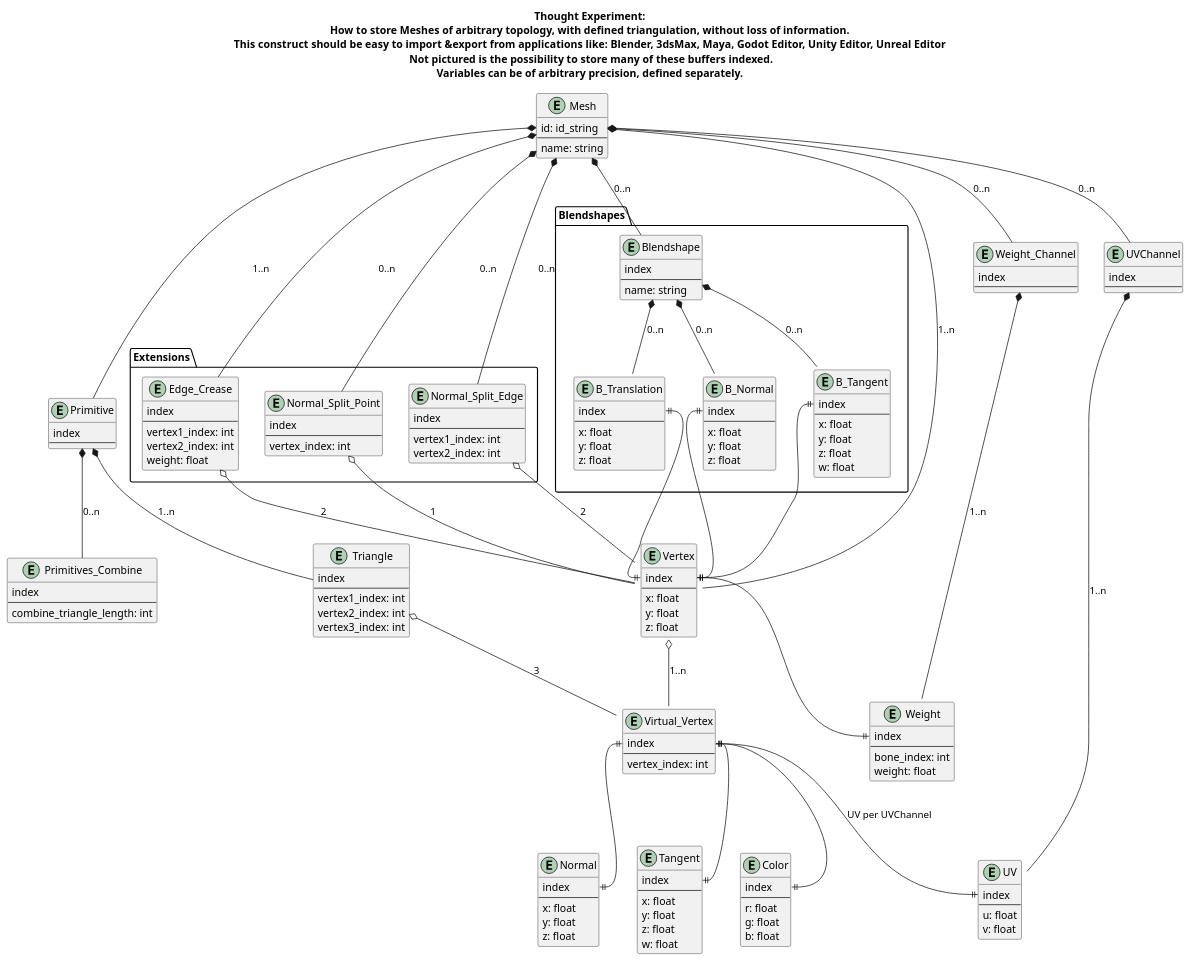
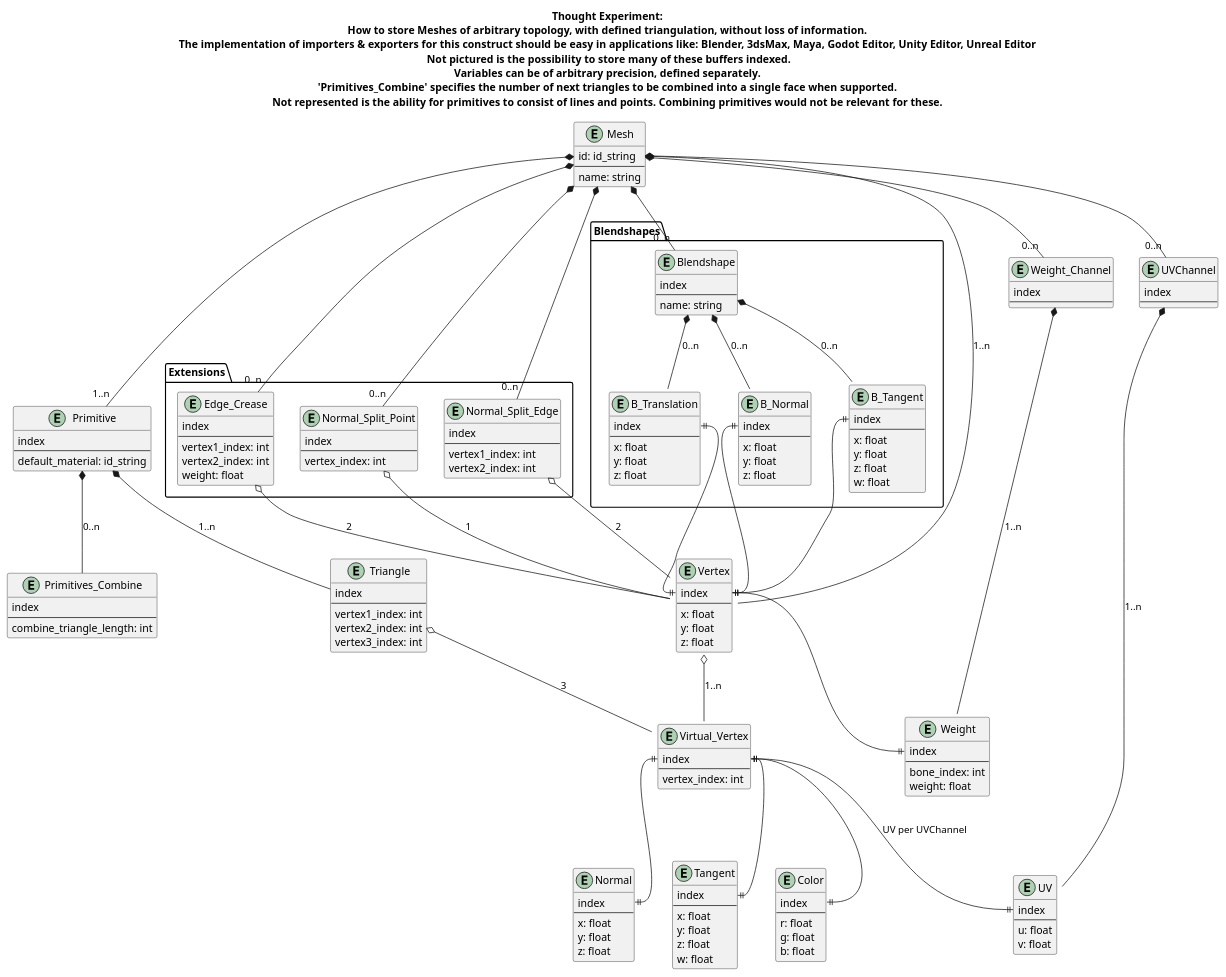
One commit to emperorofmars/stf_documentation changed the diagram in docoumentation/mesh.plantuml. Above: the diagram before and after it, drawn with PlantUML.

Commit message:
mesh plantuml

```diff
--- a/docoumentation/mesh.plantuml
+++ b/docoumentation/mesh.plantuml
@@ -1,186 +1,187 @@
 @startuml Mesh
-title Thought Experiment:\nHow to store Meshes of arbitrary topology, with defined triangulation, without loss of information.\nThis construct should be easy to import &export from applications like: Blender, 3dsMax, Maya, Godot Editor, Unity Editor, Unreal Editor\n Not pictured is the possibility to store many of these buffers indexed.\nVariables can be of arbitrary precision, defined separately.
+title Thought Experiment:\nHow to store Meshes of arbitrary topology, with defined triangulation, without loss of information.\nThe implementation of importers & exporters for this construct should be easy in applications like: Blender, 3dsMax, Maya, Godot Editor, Unity Editor, Unreal Editor\n Not pictured is the possibility to store many of these buffers indexed.\nVariables can be of arbitrary precision, defined separately.\n'Primitives_Combine' specifies the number of next triangles to be combined into a single face when supported.\nNot represented is the ability for primitives to consist of lines and points. Combining primitives would not be relevant for these.
 
 entity Mesh {
 	id: id_string
 	--
 	name: string
 }
 
 entity Vertex {
 	index
 	--
 	x: float
 	y: float
 	z: float
 }
 
 entity Virtual_Vertex {
 	index
 	--
 	vertex_index: int
 }
 
 entity Normal {
 	index
 	--
 	x: float
 	y: float
 	z: float
 }
 
 entity Tangent {
 	index
 	--
 	x: float
 	y: float
 	z: float
 	w: float
 }
 
 entity Color {
 	index
 	--
 	r: float
 	g: float
 	b: float
 }
 
 entity UVChannel {
 	index
 	--
 }
 
 entity UV {
 	index
 	--
 	u: float
 	v: float
 }
 
 entity Primitive {
 	index
 	--
+	default_material: id_string
 }
 
 entity Triangle {
 	index
 	--
 	vertex1_index: int
 	vertex2_index: int
 	vertex3_index: int
 }
 
 entity Primitives_Combine {
 	index
 	--
 	combine_triangle_length: int
 }
 
 entity Weight_Channel {
 	index
 	--
 }
 
 entity Weight {
 	index
 	--
 	bone_index: int
 	weight: float
 }
 
 package Blendshapes
 {
 	entity Blendshape {
 		index
 		--
 		name: string
 	}
 
 	entity B_Translation {
 		index
 		--
 		x: float
 		y: float
 		z: float
 	}
 
 	entity B_Normal {
 		index
 		--
 		x: float
 		y: float
 		z: float
 	}
 
 	entity B_Tangent {
 		index
 		--
 		x: float
 		y: float
 		z: float
 		w: float
 	}
 }
 
 package Extensions
 {
 	entity Normal_Split_Point {
 		index
 		--
 		vertex_index: int
 	}
 
 	entity Normal_Split_Edge {
 		index
 		--
 		vertex1_index: int
 		vertex2_index: int
 	}
 
 	entity Edge_Crease {
 		index
 		--
 		vertex1_index: int
 		vertex2_index: int
 		weight: float
 	}
 }
 
 Mesh *-- Vertex : 1..n
 Vertex o-- Virtual_Vertex : 1..n
 Virtual_Vertex::index ||--|| Normal::index
 Virtual_Vertex::index ||--|| Tangent::index
 Virtual_Vertex::index ||--|| Color::index
 Virtual_Vertex::index ||--|| UV::index : UV per UVChannel
 
-Mesh *-- Primitive : 1..n
+Mesh *-- "1..n" Primitive
 Primitive *-- Triangle : 1..n
 Primitive *-- Primitives_Combine : 0..n
 Triangle o-- Virtual_Vertex : 3
 
-Mesh *-- UVChannel : 0..n
+Mesh *-- "0..n" UVChannel
 UVChannel *-- UV : 1..n
 
-Mesh *-- Weight_Channel : 0..n
+Mesh *-- "0..n" Weight_Channel
 Weight_Channel *-- Weight : 1..n
 Vertex::index ||--|| Weight::index
 
-Mesh *-- Blendshape : 0..n
+Mesh *-- "0..n" Blendshape
 Blendshape *-- B_Translation : 0..n
 Blendshape *-- B_Normal : 0..n
 Blendshape *-- B_Tangent : 0..n
 B_Translation::index ||--|| Vertex::index
 B_Normal::index ||--|| Vertex::index
 B_Tangent::index ||--|| Vertex::index
 
-Mesh *-- Normal_Split_Point : 0..n
+Mesh *-- "0..n" Normal_Split_Point
 Normal_Split_Point o-- Vertex : 1
 
-Mesh *-- Normal_Split_Edge : 0..n
+Mesh *-- "0..n" Normal_Split_Edge
 Normal_Split_Edge o-- Vertex : 2
 
-Mesh *-- Edge_Crease : 0..n
+Mesh *-- "0..n" Edge_Crease
 Edge_Crease o-- Vertex : 2
 
 @enduml
```
